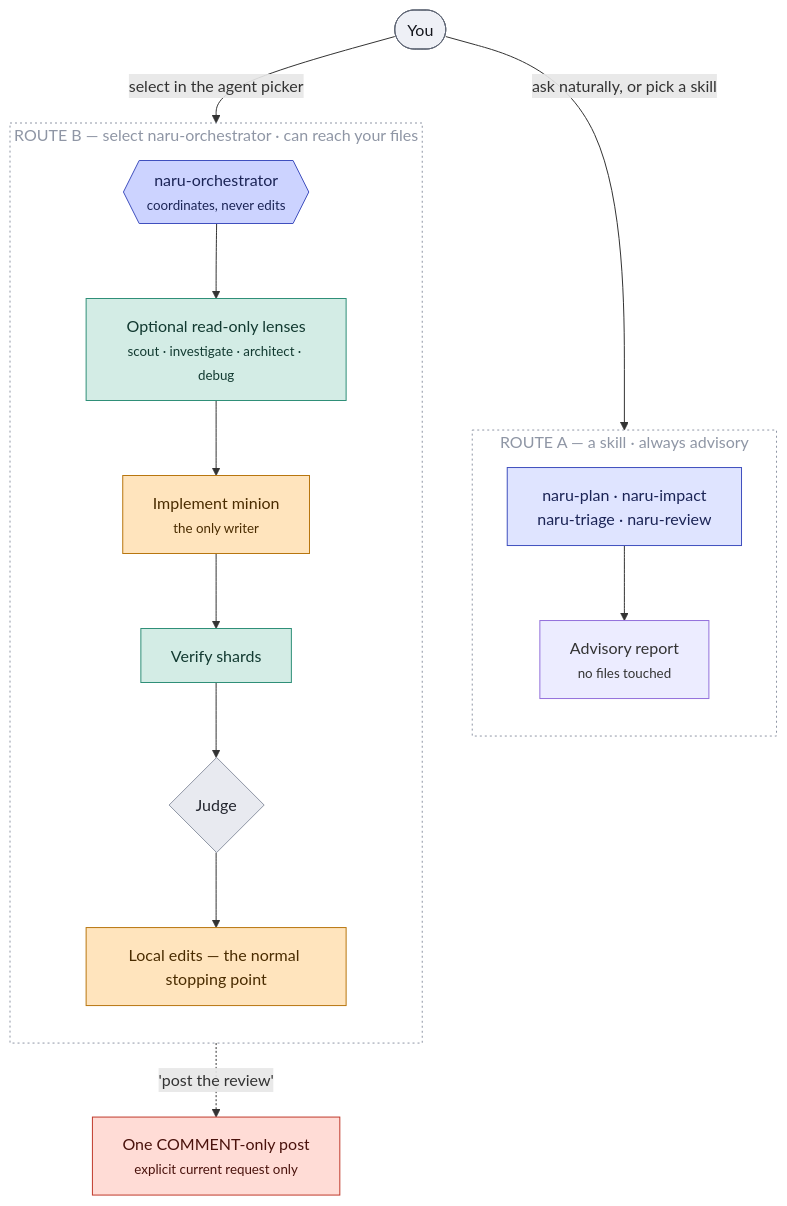
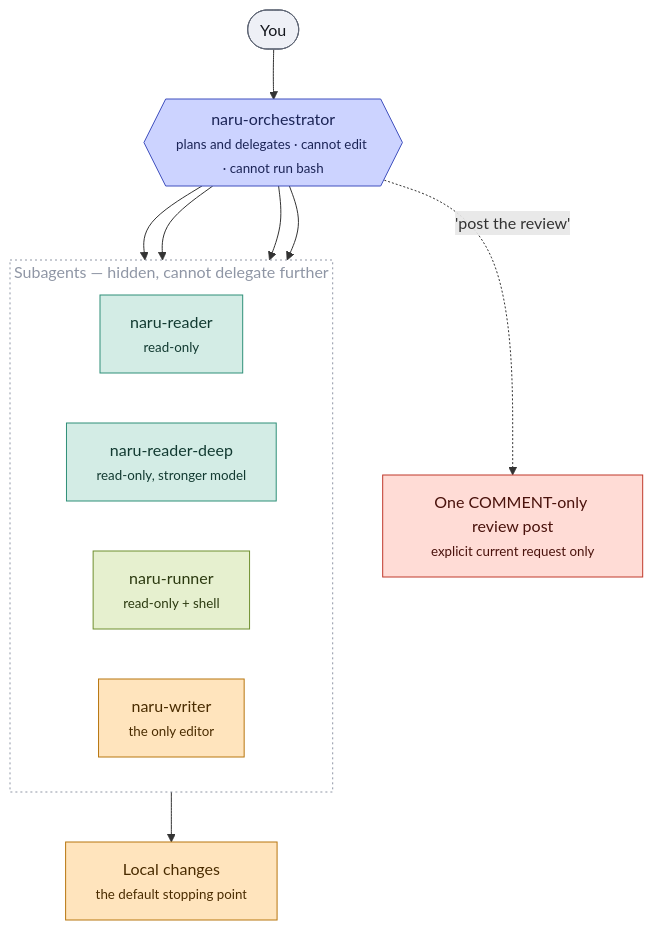
Before and after one commit to sean35mm/naru-opencode: the diagram in docs/user-guide.md, drawn with Mermaid. The commit also changed other lines of this file and 24 other files, not shown here.

First line of the commit message:
docs: rewrite documentation for the v-next architecture

````diff
--- a/docs/user-guide.md
+++ b/docs/user-guide.md
@@ -161,39 +117,33 @@
 ```mermaid
 flowchart TB
   U(["You"]):::actor
+  ORC{{"naru-orchestrator<br/><small>plans and delegates · cannot edit · cannot run bash</small>"}}:::coord
 
-  subgraph advisory["ROUTE A — a skill · always advisory"]
-    direction TB
-    SK["naru-plan · naru-impact<br/>naru-triage · naru-review"]:::entry
-    AR["Advisory report<br/><small>no files touched</small>"]:::artifact
-    SK --> AR
+  subgraph leaves["Subagents — hidden, cannot delegate further"]
+    direction LR
+    R["naru-reader<br/><small>read-only</small>"]:::read
+    RD["naru-reader-deep<br/><small>read-only, stronger model</small>"]:::read
+    RUN["naru-runner<br/><small>read-only + shell</small>"]:::shell
+    W["naru-writer<br/><small>the only editor</small>"]:::write
   end
 
-  subgraph implement["ROUTE B — select naru-orchestrator · can reach your files"]
-    direction TB
-    ORC{{"naru-orchestrator<br/><small>coordinates, never edits</small>"}}:::coord
-    LENS["Optional read-only lenses<br/><small>scout · investigate · architect · debug</small>"]:::read
-    IMP["Implement minion<br/><small>the only writer</small>"]:::write
-    VER["Verify shards"]:::read
-    JDG{"Judge"}:::gate
-    STOP["Local edits — the normal stopping point"]:::write
-    ORC --> LENS --> IMP --> VER --> JDG --> STOP
-  end
+  STOP["Local changes<br/><small>the default stopping point</small>"]:::write
+  POST["One COMMENT-only review post<br/><small>explicit current request only</small>"]:::danger
 
-  POST["One COMMENT-only post<br/><small>explicit current request only</small>"]:::danger
-
-  U -->|"ask naturally, or pick a skill"| SK
-  U -->|"select in the agent picker"| ORC
+  U --> ORC
+  ORC --> R
+  ORC --> RD
+  ORC --> RUN
+  ORC --> W
+  W --> STOP
   ORC -.->|"'post the review'"| POST
 
-  style advisory fill:none,stroke:#8f96a5,stroke-dasharray:2 3,color:#8f96a5
-  style implement fill:none,stroke:#8f96a5,stroke-dasharray:2 3,color:#8f96a5
+  style leaves fill:none,stroke:#8f96a5,stroke-dasharray:2 3,color:#8f96a5
 
   classDef actor fill:#eef0f6,stroke:#5f6675,color:#14161d
-  classDef entry fill:#dfe4ff,stroke:#3f4fbe,color:#1b2456
   classDef coord fill:#ccd3ff,stroke:#3f4fbe,color:#1b2456
   classDef read fill:#d3ece5,stroke:#2f8f78,color:#123a31
+  classDef shell fill:#e6f0cf,stroke:#6f8f2f,color:#2c3a10
   classDef write fill:#ffe4bd,stroke:#b8760f,color:#4a2c00
-  classDef gate fill:#e8eaf0,stroke:#8f96a5,color:#22252e
   classDef danger fill:#ffdcd6,stroke:#c0392b,color:#4a120c
 ```
````
